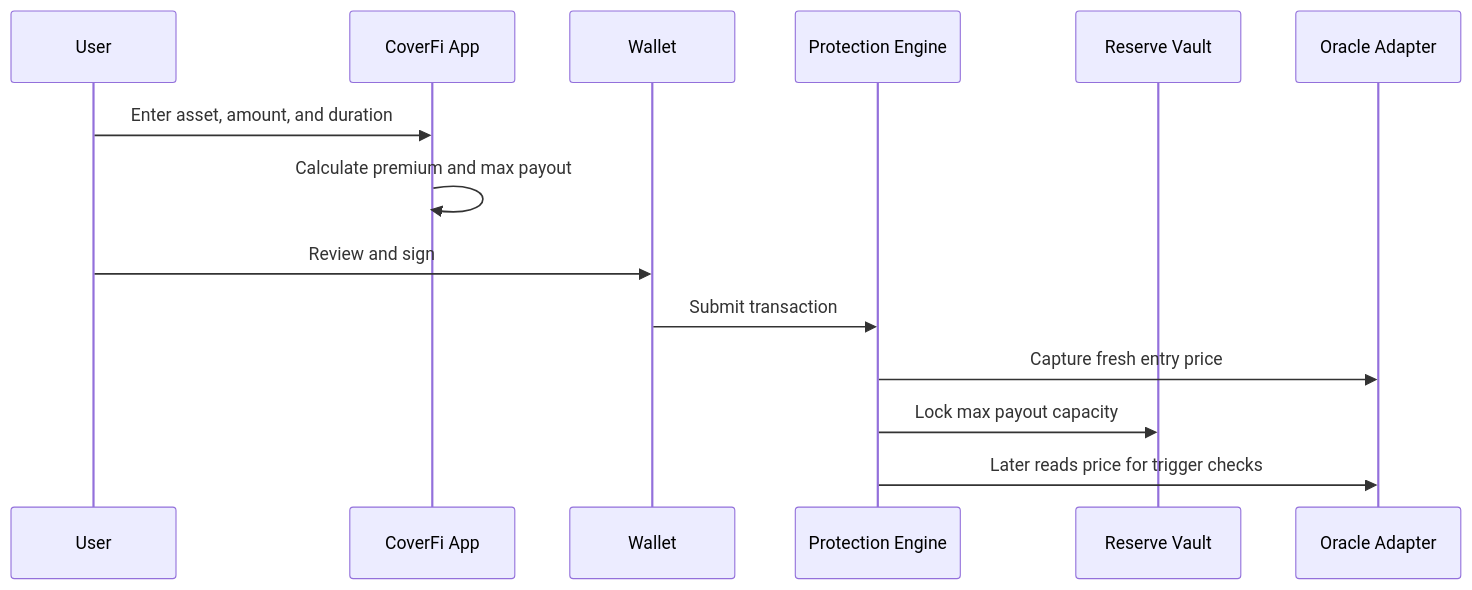
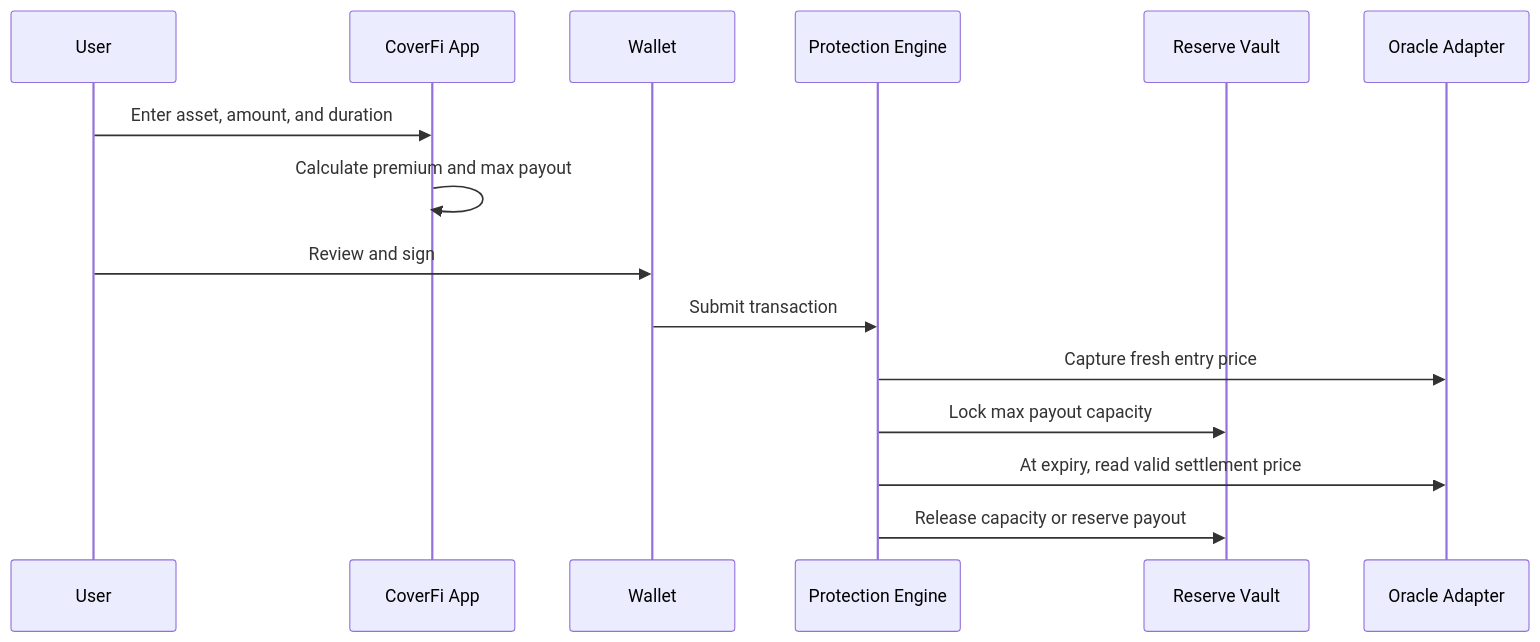
The second of 3 diagrams in getting-started.mdx (CoverFI-space/coverfi-docs), drawn with Mermaid before and after one commit. The commit also changed other lines of this file and 28 other files, not shown here.

First line of the commit message:
Add technical architecture page and sync docs with current workspace

````diff
--- a/getting-started.mdx
+++ b/getting-started.mdx
@@ -23,17 +23,18 @@
 ```mermaid
 sequenceDiagram
   participant U as User
   participant A as CoverFi App
   participant W as Wallet
   participant E as Protection Engine
   participant R as Reserve Vault
   participant O as Oracle Adapter
 
   U->>A: Enter asset, amount, and duration
   A->>A: Calculate premium and max payout
   U->>W: Review and sign
   W->>E: Submit transaction
   E->>O: Capture fresh entry price
   E->>R: Lock max payout capacity
-  E->>O: Later reads price for trigger checks
+  E->>O: At expiry, read valid settlement price
+  E->>R: Release capacity or reserve payout
 ```
````
